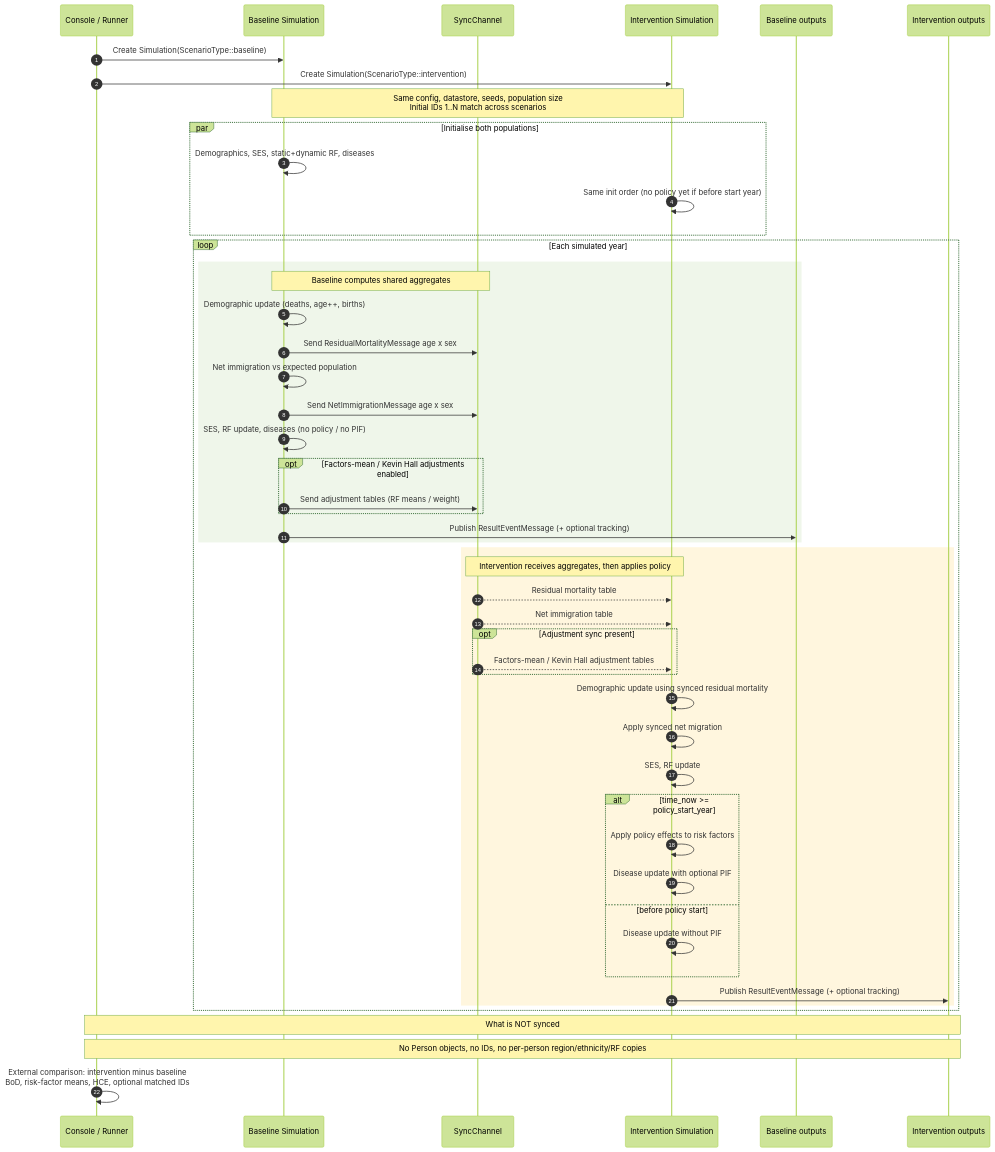
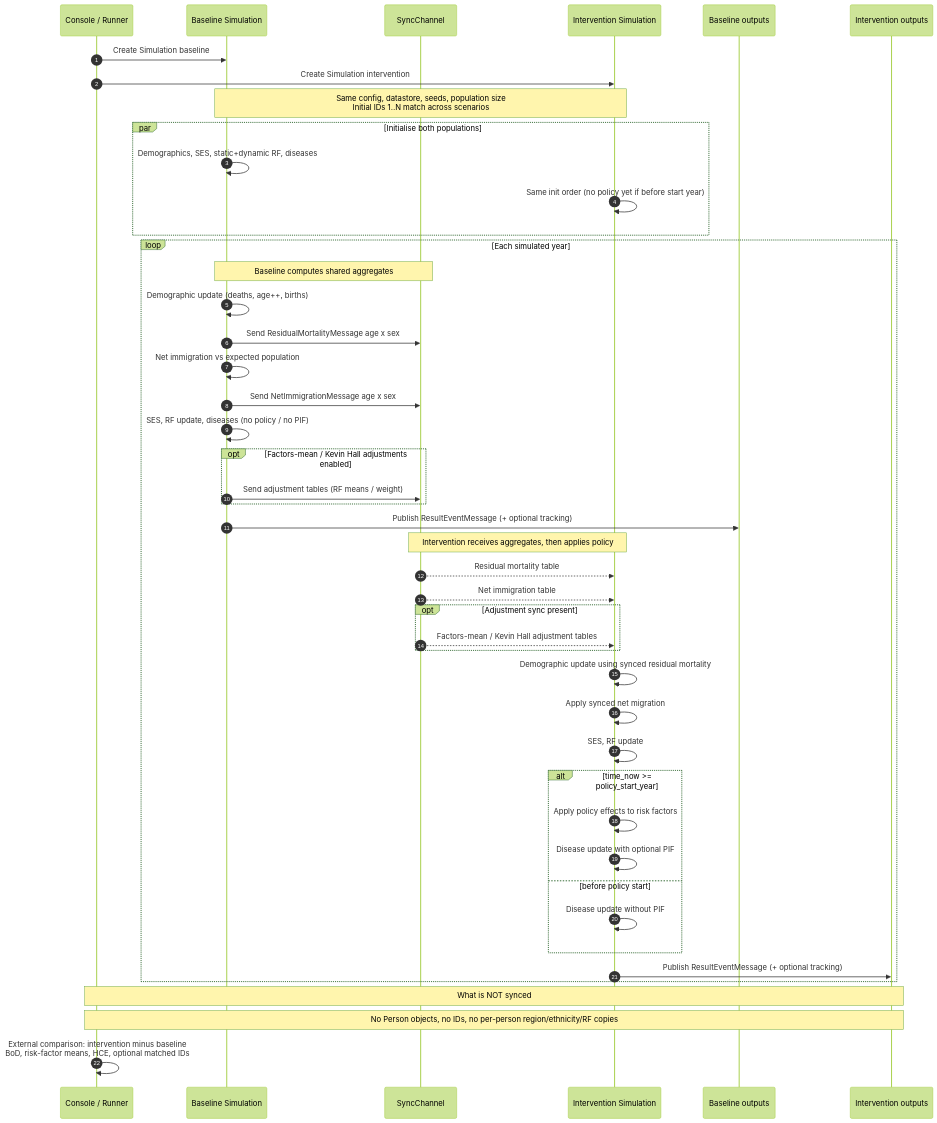
Before and after one commit to imperialCHEPI/healthgps: the second of 3 diagrams in documentation/index.md, drawn with Mermaid (forest theme). The commit also changed other lines of this file, not shown here.

Commit message:
fixed rendering error for md

````diff
--- a/documentation/index.md
+++ b/documentation/index.md
@@ -152,58 +152,54 @@
 ```mermaid
 sequenceDiagram
     autonumber
     participant Host as Console / Runner
     participant Base as Baseline Simulation
     participant Chan as SyncChannel
     participant Intv as Intervention Simulation
     participant OutB as Baseline outputs
     participant OutI as Intervention outputs
 
-    Host->>Base: Create Simulation(ScenarioType::baseline)
-    Host->>Intv: Create Simulation(ScenarioType::intervention)
+    Host->>Base: Create Simulation baseline
+    Host->>Intv: Create Simulation intervention
     Note over Base,Intv: Same config, datastore, seeds, population size<br/>Initial IDs 1..N match across scenarios
 
     par Initialise both populations
         Base->>Base: Demographics, SES, static+dynamic RF, diseases
         Intv->>Intv: Same init order (no policy yet if before start year)
     end
 
     loop Each simulated year
-        rect rgba(226, 239, 217, 0.55)
-            Note over Base,Chan: Baseline computes shared aggregates
-            Base->>Base: Demographic update (deaths, age++, births)
-            Base->>Chan: Send ResidualMortalityMessage age x sex
-            Base->>Base: Net immigration vs expected population
-            Base->>Chan: Send NetImmigrationMessage age x sex
-            Base->>Base: SES, RF update, diseases (no policy / no PIF)
-            opt Factors-mean / Kevin Hall adjustments enabled
-                Base->>Chan: Send adjustment tables (RF means / weight)
-            end
-            Base->>OutB: Publish ResultEventMessage (+ optional tracking)
+        Note over Base,Chan: Baseline computes shared aggregates
+        Base->>Base: Demographic update (deaths, age++, births)
+        Base->>Chan: Send ResidualMortalityMessage age x sex
+        Base->>Base: Net immigration vs expected population
+        Base->>Chan: Send NetImmigrationMessage age x sex
+        Base->>Base: SES, RF update, diseases (no policy / no PIF)
+        opt Factors-mean / Kevin Hall adjustments enabled
+            Base->>Chan: Send adjustment tables (RF means / weight)
         end
+        Base->>OutB: Publish ResultEventMessage (+ optional tracking)
 
-        rect rgba(255, 242, 204, 0.65)
-            Note over Chan,Intv: Intervention receives aggregates, then applies policy
-            Chan-->>Intv: Residual mortality table
-            Chan-->>Intv: Net immigration table
-            opt Adjustment sync present
-                Chan-->>Intv: Factors-mean / Kevin Hall adjustment tables
-            end
-            Intv->>Intv: Demographic update using synced residual mortality
-            Intv->>Intv: Apply synced net migration
-            Intv->>Intv: SES, RF update
-            alt time_now >= policy_start_year
-                Intv->>Intv: Apply policy effects to risk factors
-                Intv->>Intv: Disease update with optional PIF
-            else before policy start
-                Intv->>Intv: Disease update without PIF
-            end
-            Intv->>OutI: Publish ResultEventMessage (+ optional tracking)
+        Note over Chan,Intv: Intervention receives aggregates, then applies policy
+        Chan-->>Intv: Residual mortality table
+        Chan-->>Intv: Net immigration table
+        opt Adjustment sync present
+            Chan-->>Intv: Factors-mean / Kevin Hall adjustment tables
         end
+        Intv->>Intv: Demographic update using synced residual mortality
+        Intv->>Intv: Apply synced net migration
+        Intv->>Intv: SES, RF update
+        alt time_now >= policy_start_year
+            Intv->>Intv: Apply policy effects to risk factors
+            Intv->>Intv: Disease update with optional PIF
+        else before policy start
+            Intv->>Intv: Disease update without PIF
+        end
+        Intv->>OutI: Publish ResultEventMessage (+ optional tracking)
     end
 
     Note over Host,OutI: What is NOT synced
     Note over Host,OutI: No Person objects, no IDs, no per-person region/ethnicity/RF copies
 
     Host->>Host: External comparison: intervention minus baseline<br/>BoD, risk-factor means, HCE, optional matched IDs
 ```
````
